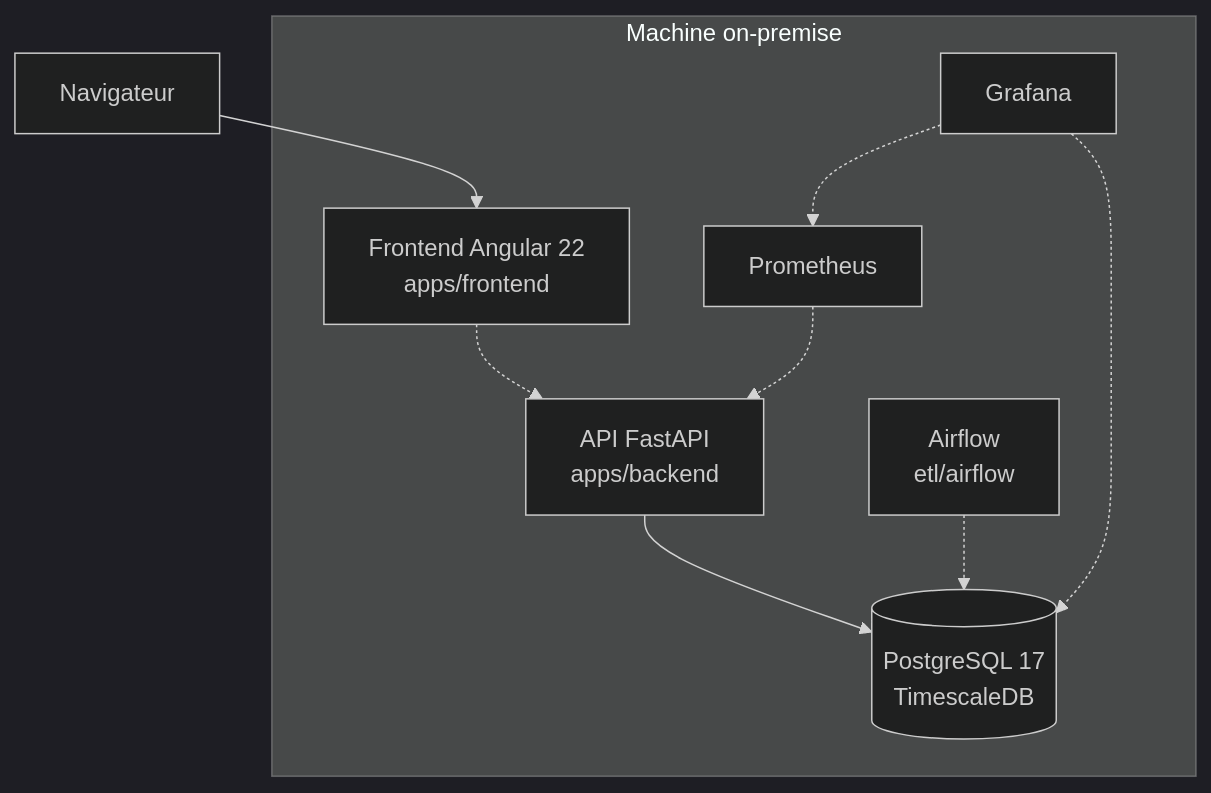
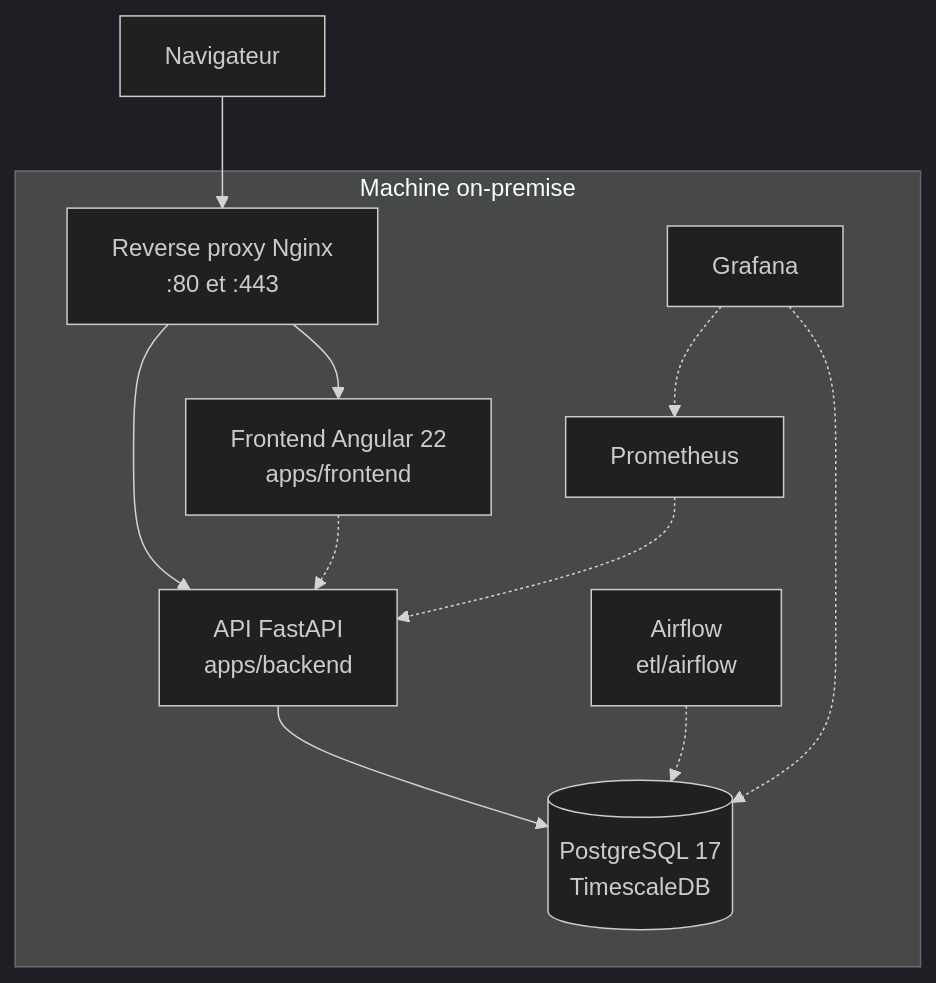
Before and after one commit to ineszang/ProjetPiscine_EnerVision: the second of 3 diagrams in docs/architecture/00-vue-ensemble.md, drawn with Mermaid (dark theme). The commit also changed other lines of this file and 8 other files, not shown here.

````diff
--- a/docs/architecture/00-vue-ensemble.md
+++ b/docs/architecture/00-vue-ensemble.md
@@ -44,21 +44,24 @@
 ```mermaid
 flowchart TB
   navigateur["Navigateur"]
 
   subgraph machine["Machine on-premise"]
+    proxy["Reverse proxy Nginx<br/>:80 et :443"]
     front["Frontend Angular 22<br/>apps/frontend"]
     api["API FastAPI<br/>apps/backend"]
     db[("PostgreSQL 17<br/>TimescaleDB")]
     airflow["Airflow<br/>etl/airflow"]
     prom["Prometheus"]
     grafana["Grafana"]
   end
 
-  navigateur --> front
+  navigateur --> proxy
+  proxy --> front
+  proxy --> api
   front -.-> api
   api --> db
   airflow -.-> db
   prom -.-> api
   grafana -.-> db
   grafana -.-> prom
 ```
````
